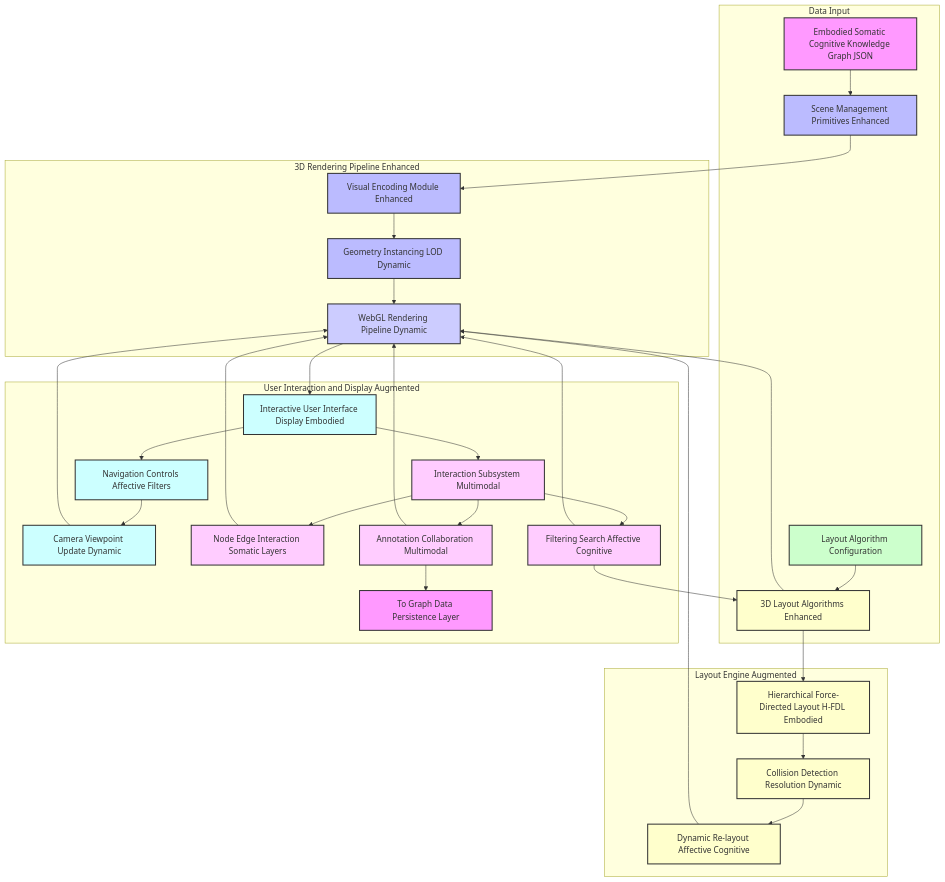
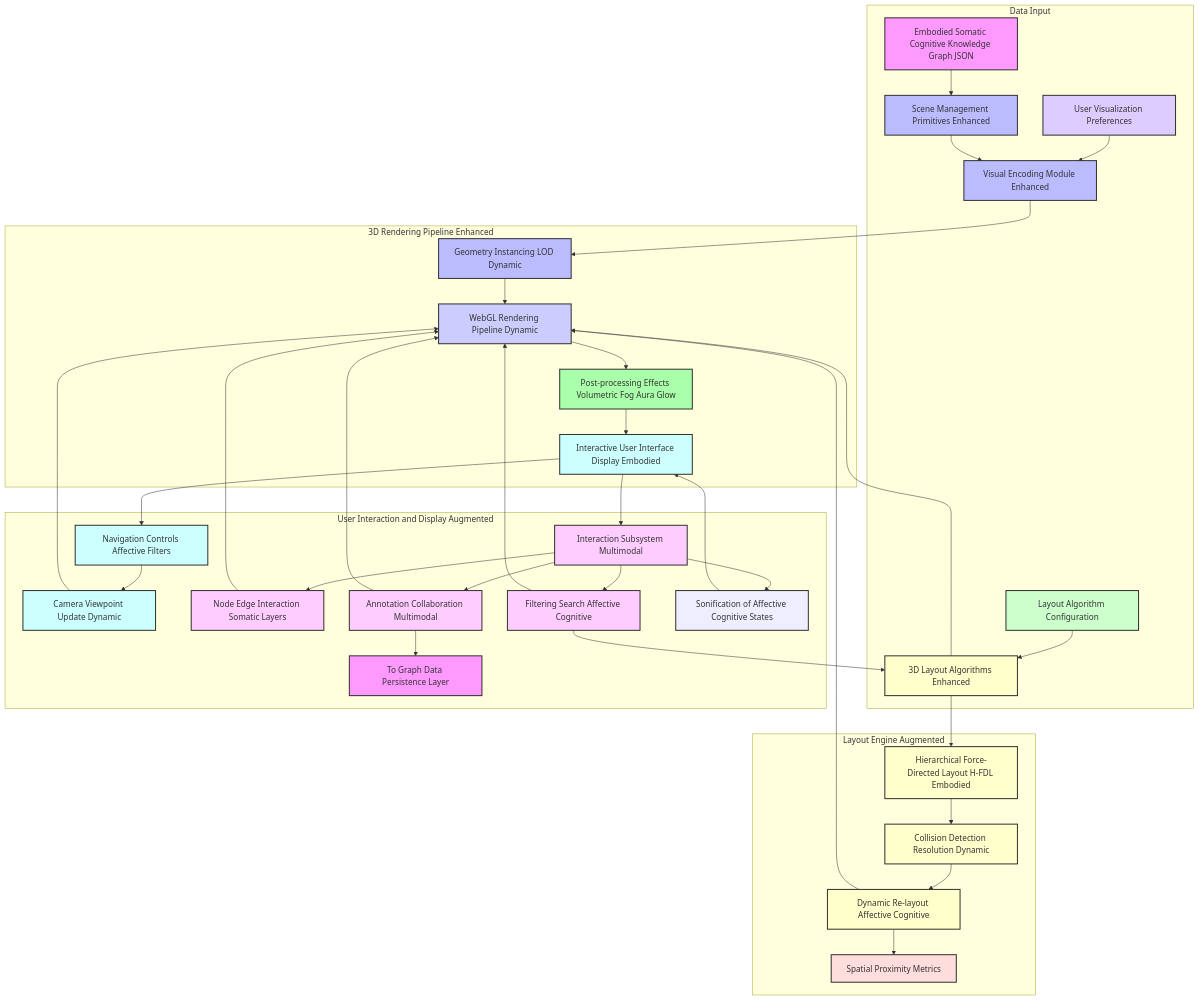
One commit to diplomat-bit/Citibank_Demo_Business_Inc_Demonstration- changed the seventh of 9 diagrams in inventions/inventions/012_holographic_meeting_scribe/014_multimodal_somatic_cognitive_graph_integration.md. Above: the diagram before and after it, drawn with Mermaid. The commit also changed other lines of this file, not shown here.

Commit message:
[AI] Edit: inventions/inventions/012_holographic_meeting_scribe/014_multimodal_somatic_cognitive_graph_integration.md

````diff
--- a/inventions/inventions/012_holographic_meeting_scribe/014_multimodal_somatic_cognitive_graph_integration.md
+++ b/inventions/inventions/012_holographic_meeting_scribe/014_multimodal_somatic_cognitive_graph_integration.md
@@ -388,59 +621,68 @@
 ```mermaid
 graph TD
     subgraph Data Input
         ESCKG_JSON[Embodied Somatic Cognitive Knowledge Graph JSON] --> SM_PR_E[Scene Management Primitives Enhanced];
         LAYOUT_CONFIG[Layout Algorithm Configuration] --> LA_E[3D Layout Algorithms Enhanced];
+        VIS_PREFS[User Visualization Preferences] --> VIS_ENC_E[Visual Encoding Module Enhanced];
     end
 
     subgraph 3D Rendering Pipeline Enhanced
-        SM_PR_E --> VIS_ENC_E[Visual Encoding Module Enhanced];
+        SM_PR_E --> VIS_ENC_E;
         VIS_ENC_E --> GEOM_INST_E[Geometry Instancing LOD Dynamic];
         GEOM_INST_E --> RENDER_PIPE_E[WebGL Rendering Pipeline Dynamic];
         LA_E --> RENDER_PIPE_E;
+        RENDER_PIPE_E --> POST_PROC[Post-processing Effects Volumetric Fog Aura Glow];
+        POST_PROC --> F_UI[Interactive User Interface Display Embodied];
     end
 
     subgraph Layout Engine Augmented
         LA_E --> HFD_LAYOUT_E[Hierarchical Force-Directed Layout H-FDL Embodied];
         HFD_LAYOUT_E --> COL_RES_E[Collision Detection Resolution Dynamic];
         COL_RES_E --> DYN_RELAYOUT_E[Dynamic Re-layout Affective Cognitive];
         DYN_RELAYOUT_E --> RENDER_PIPE_E;
+        DYN_RELAYOUT_E --> SPATIAL_METRICS[Spatial Proximity Metrics];
     end
 
     subgraph User Interaction and Display Augmented
-        RENDER_PIPE_E --> UI_DISP_E[Interactive User Interface Display Embodied];
-        UI_DISP_E --> NAV_CONTROL_E[Navigation Controls Affective Filters];
+        F_UI --> NAV_CONTROL_E[Navigation Controls Affective Filters];
         NAV_CONTROL_E --> CAMERA_UPDATE_E[Camera Viewpoint Update Dynamic];
         CAMERA_UPDATE_E --> RENDER_PIPE_E;
-        UI_DISP_E --> INT_SUB_E[Interaction Subsystem Multimodal];
+        F_UI --> INT_SUB_E[Interaction Subsystem Multimodal];
         INT_SUB_E --> NODE_EDGE_INT_E[Node Edge Interaction Somatic Layers];
         INT_SUB_E --> FILTER_SEARCH_E[Filtering Search Affective Cognitive];
         INT_SUB_E --> ANNOT_COLLAB_E[Annotation Collaboration Multimodal];
         NODE_EDGE_INT_E --> RENDER_PIPE_E;
         FILTER_SEARCH_E --> LA_E;
         FILTER_SEARCH_E --> RENDER_PIPE_E;
         ANNOT_COLLAB_E --> GRAPH_PERSIST_E[To Graph Data Persistence Layer];
         ANNOT_COLLAB_E --> RENDER_PIPE_E;
+        INT_SUB_E --> SONIFICATION_MODULE[Sonification of Affective Cognitive States];
+        SONIFICATION_MODULE --> F_UI;
     end
 
     style ESCKG_JSON fill:#f9f,stroke:#333,stroke-width:2px
     style LAYOUT_CONFIG fill:#cfc,stroke:#333,stroke-width:2px
+    style VIS_PREFS fill:#dcf,stroke:#333,stroke-width:2px
 
     style SM_PR_E fill:#bbf,stroke:#333,stroke-width:2px
     style VIS_ENC_E fill:#bbf,stroke:#333,stroke-width:2px
     style GEOM_INST_E fill:#bbf,stroke:#333,stroke-width:2px
     style RENDER_PIPE_E fill:#ccf,stroke:#333,stroke-width:2px
+    style POST_PROC fill:#aaffaa,stroke:#333,stroke-width:2px
 
     style LA_E fill:#ffc,stroke:#333,stroke-width:2px
     style HFD_LAYOUT_E fill:#ffc,stroke:#333,stroke-width:2px
     style COL_RES_E fill:#ffc,stroke:#333,stroke-width:2px
     style DYN_RELAYOUT_E fill:#ffc,stroke:#333,stroke-width:2px
+    style SPATIAL_METRICS fill:#fdd,stroke:#333,stroke-width:2px
 
-    style UI_DISP_E fill:#cff,stroke:#333,stroke-width:2px
+    style F_UI fill:#cff,stroke:#333,stroke-width:2px
     style NAV_CONTROL_E fill:#cff,stroke:#333,stroke-width:2px
     style CAMERA_UPDATE_E fill:#cff,stroke:#333,stroke-width:2px
     style INT_SUB_E fill:#fcf,stroke:#333,stroke-width:2px
     style NODE_EDGE_INT_E fill:#fcf,stroke:#333,stroke-width:2px
     style FILTER_SEARCH_E fill:#fcf,stroke:#333,stroke-width:2px
     style ANNOT_COLLAB_E fill:#fcf,stroke:#333,stroke-width:2px
     style GRAPH_PERSIST_E fill:#f9f,stroke:#333,stroke-width:2px
+    style SONIFICATION_MODULE fill:#eef,stroke:#333,stroke-width:2px
 ```
````
